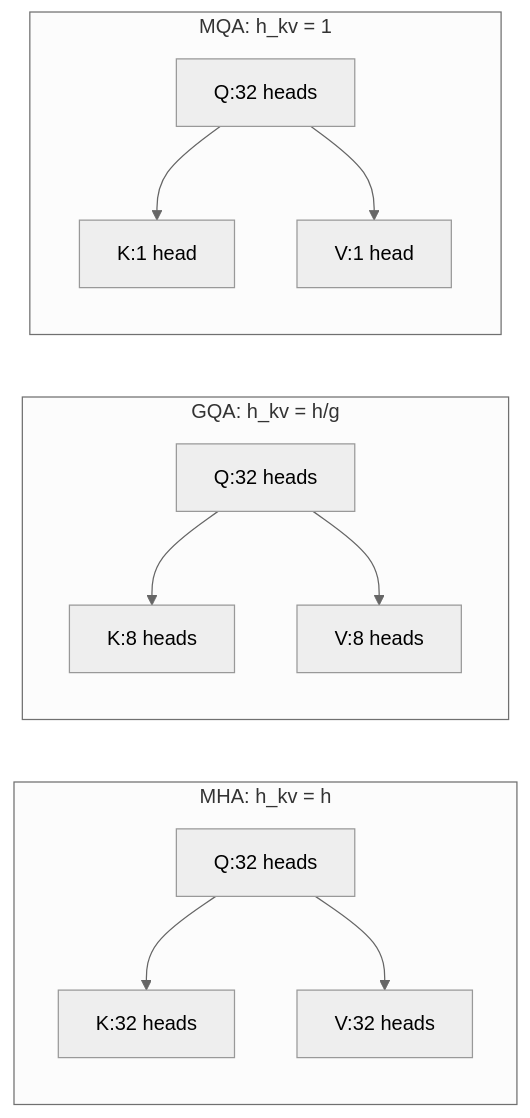
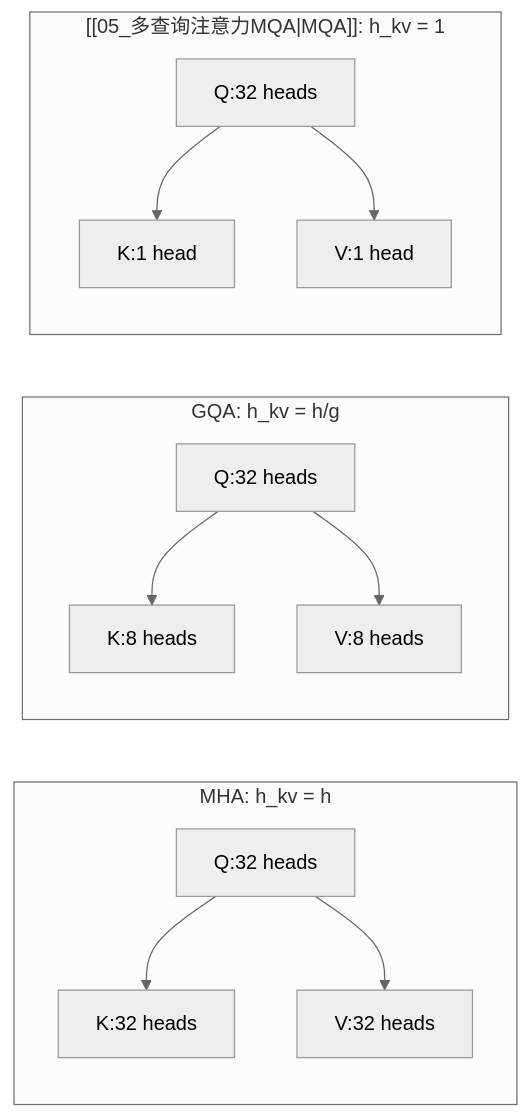
One commit to WYfusion/note changed the first of 2 diagrams in DL/06LLM 参数量 数值精度 训练资源 训练时间 推理速度/4 存储、显存与 KV Cache 数学分解/2 KV Cache 工程与优化.md. Above: the diagram before and after it, drawn with Mermaid (neutral theme). The commit also changed other lines of this file and 339 other files, not shown here.

````diff
--- a/DL/06LLM 参数量 数值精度 训练资源 训练时间 推理速度/4 存储、显存与 KV Cache 数学分解/2 KV Cache 工程与优化.md
+++ b/DL/06LLM 参数量 数值精度 训练资源 训练时间 推理速度/4 存储、显存与 KV Cache 数学分解/2 KV Cache 工程与优化.md
@@ -27,15 +27,15 @@
 ```mermaid
 graph LR
     subgraph "MHA: h_kv = h"
         A1["Q:32 heads"] --> B1["K:32 heads"]
         A1 --> C1["V:32 heads"]
     end
     subgraph "GQA: h_kv = h/g"
         A2["Q:32 heads"] --> B2["K:8 heads"]
         A2 --> C2["V:8 heads"]
     end
-    subgraph "MQA: h_kv = 1"
+    subgraph "[[05_多查询注意力MQA|MQA]]: h_kv = 1"
         A3["Q:32 heads"] --> B3["K:1 head"]
         A3 --> C3["V:1 head"]
     end
 ```
````
